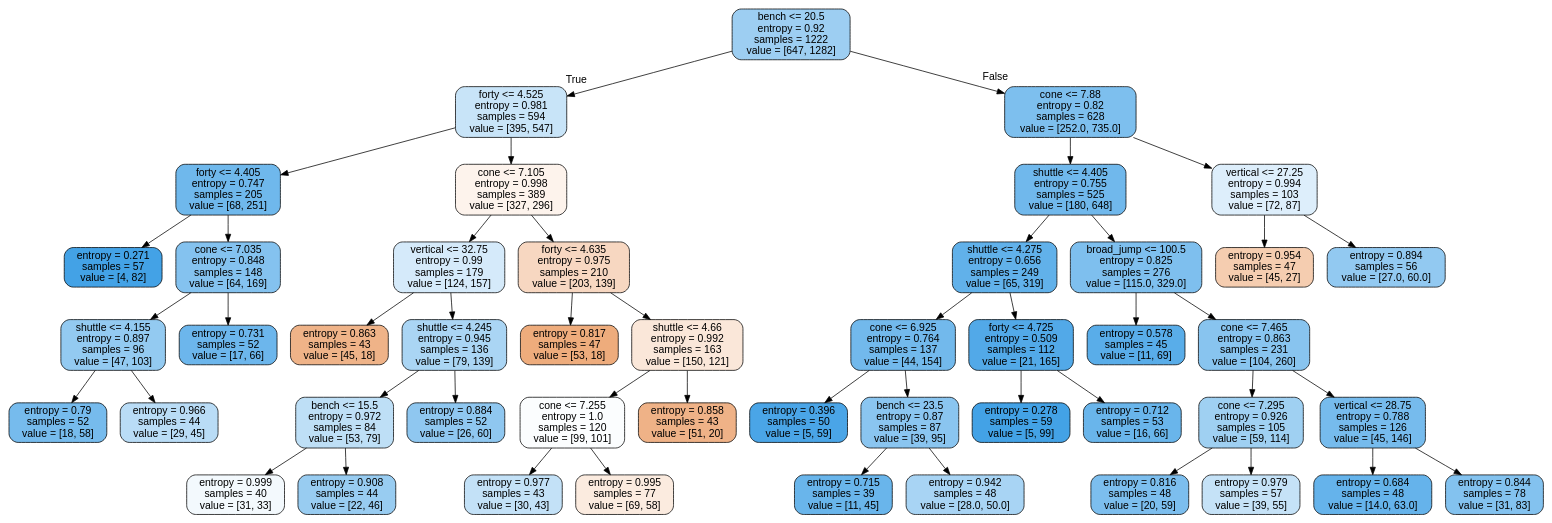
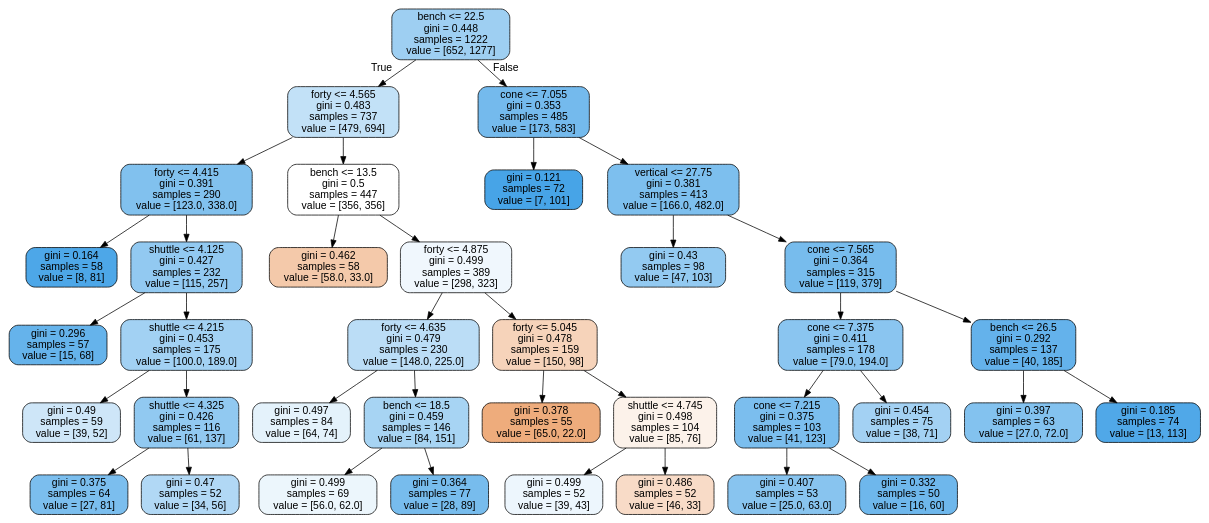
One commit to lagisreal89/combine changed the diagram in randomforesttree.dot. Above: the diagram before and after it, drawn with Graphviz. The commit also changed 4 other files, not shown here.

```diff
--- a/randomforesttree.dot
+++ b/randomforesttree.dot
@@ -1,97 +1,77 @@
 digraph Tree {
 node [shape=box, style="filled, rounded", color="black", fontname="helvetica"] ;
 edge [fontname="helvetica"] ;
-0 [label="bench <= 20.5\nentropy = 0.92\nsamples = 1222\nvalue = [647, 1282]", fillcolor="#9dcef2"] ;
-1 [label="forty <= 4.525\nentropy = 0.981\nsamples = 594\nvalue = [395, 547]", fillcolor="#c8e4f8"] ;
+0 [label="bench <= 22.5\ngini = 0.448\nsamples = 1222\nvalue = [652, 1277]", fillcolor="#9ecff2"] ;
+1 [label="forty <= 4.565\ngini = 0.483\nsamples = 737\nvalue = [479, 694]", fillcolor="#c2e1f7"] ;
 0 -> 1 [labeldistance=2.5, labelangle=45, headlabel="True"] ;
-3 [label="forty <= 4.405\nentropy = 0.747\nsamples = 205\nvalue = [68, 251]", fillcolor="#6fb8ec"] ;
+3 [label="forty <= 4.415\ngini = 0.391\nsamples = 290\nvalue = [123.0, 338.0]", fillcolor="#81c1ee"] ;
 1 -> 3 ;
-7 [label="entropy = 0.271\nsamples = 57\nvalue = [4, 82]", fillcolor="#43a2e6"] ;
-3 -> 7 ;
-8 [label="cone <= 7.035\nentropy = 0.848\nsamples = 148\nvalue = [64, 169]", fillcolor="#84c2ef"] ;
-3 -> 8 ;
-37 [label="shuttle <= 4.155\nentropy = 0.897\nsamples = 96\nvalue = [47, 103]", fillcolor="#93caf1"] ;
-8 -> 37 ;
-39 [label="entropy = 0.79\nsamples = 52\nvalue = [18, 58]", fillcolor="#76bbed"] ;
-37 -> 39 ;
-40 [label="entropy = 0.966\nsamples = 44\nvalue = [29, 45]", fillcolor="#b9dcf6"] ;
-37 -> 40 ;
-38 [label="entropy = 0.731\nsamples = 52\nvalue = [17, 66]", fillcolor="#6cb6ec"] ;
-8 -> 38 ;
-4 [label="cone <= 7.105\nentropy = 0.998\nsamples = 389\nvalue = [327, 296]", fillcolor="#fdf3ec"] ;
+5 [label="gini = 0.164\nsamples = 58\nvalue = [8, 81]", fillcolor="#4da7e8"] ;
+3 -> 5 ;
+6 [label="shuttle <= 4.125\ngini = 0.427\nsamples = 232\nvalue = [115, 257]", fillcolor="#92c9f1"] ;
+3 -> 6 ;
+15 [label="gini = 0.296\nsamples = 57\nvalue = [15, 68]", fillcolor="#65b3eb"] ;
+6 -> 15 ;
+16 [label="shuttle <= 4.215\ngini = 0.453\nsamples = 175\nvalue = [100.0, 189.0]", fillcolor="#a2d1f3"] ;
+6 -> 16 ;
+21 [label="gini = 0.49\nsamples = 59\nvalue = [39, 52]", fillcolor="#cee6f8"] ;
+16 -> 21 ;
+22 [label="shuttle <= 4.325\ngini = 0.426\nsamples = 116\nvalue = [61, 137]", fillcolor="#91c9f1"] ;
+16 -> 22 ;
+23 [label="gini = 0.375\nsamples = 64\nvalue = [27, 81]", fillcolor="#7bbeee"] ;
+22 -> 23 ;
+24 [label="gini = 0.47\nsamples = 52\nvalue = [34, 56]", fillcolor="#b1d8f5"] ;
+22 -> 24 ;
+4 [label="bench <= 13.5\ngini = 0.5\nsamples = 447\nvalue = [356, 356]", fillcolor="#ffffff"] ;
 1 -> 4 ;
-11 [label="vertical <= 32.75\nentropy = 0.99\nsamples = 179\nvalue = [124, 157]", fillcolor="#d5eafa"] ;
-4 -> 11 ;
-13 [label="entropy = 0.863\nsamples = 43\nvalue = [45, 18]", fillcolor="#efb388"] ;
-11 -> 13 ;
-14 [label="shuttle <= 4.245\nentropy = 0.945\nsamples = 136\nvalue = [79, 139]", fillcolor="#aad5f4"] ;
-11 -> 14 ;
-41 [label="bench <= 15.5\nentropy = 0.972\nsamples = 84\nvalue = [53, 79]", fillcolor="#bedff6"] ;
-14 -> 41 ;
-43 [label="entropy = 0.999\nsamples = 40\nvalue = [31, 33]", fillcolor="#f3f9fd"] ;
-41 -> 43 ;
-44 [label="entropy = 0.908\nsamples = 44\nvalue = [22, 46]", fillcolor="#98ccf1"] ;
-41 -> 44 ;
-42 [label="entropy = 0.884\nsamples = 52\nvalue = [26, 60]", fillcolor="#8fc7f0"] ;
-14 -> 42 ;
-12 [label="forty <= 4.635\nentropy = 0.975\nsamples = 210\nvalue = [203, 139]", fillcolor="#f7d7c1"] ;
-4 -> 12 ;
-17 [label="entropy = 0.817\nsamples = 47\nvalue = [53, 18]", fillcolor="#eeac7c"] ;
-12 -> 17 ;
-18 [label="shuttle <= 4.66\nentropy = 0.992\nsamples = 163\nvalue = [150, 121]", fillcolor="#fae7d9"] ;
-12 -> 18 ;
-19 [label="cone <= 7.255\nentropy = 1.0\nsamples = 120\nvalue = [99, 101]", fillcolor="#fbfdfe"] ;
+9 [label="gini = 0.462\nsamples = 58\nvalue = [58.0, 33.0]", fillcolor="#f4c9aa"] ;
+4 -> 9 ;
+10 [label="forty <= 4.875\ngini = 0.499\nsamples = 389\nvalue = [298, 323]", fillcolor="#f0f7fd"] ;
+4 -> 10 ;
+11 [label="forty <= 4.635\ngini = 0.479\nsamples = 230\nvalue = [148.0, 225.0]", fillcolor="#bbddf6"] ;
+10 -> 11 ;
+17 [label="gini = 0.497\nsamples = 84\nvalue = [64, 74]", fillcolor="#e4f2fb"] ;
+11 -> 17 ;
+18 [label="bench <= 18.5\ngini = 0.459\nsamples = 146\nvalue = [84, 151]", fillcolor="#a7d4f3"] ;
+11 -> 18 ;
+19 [label="gini = 0.499\nsamples = 69\nvalue = [56.0, 62.0]", fillcolor="#ecf6fc"] ;
 18 -> 19 ;
-35 [label="entropy = 0.977\nsamples = 43\nvalue = [30, 43]", fillcolor="#c3e1f7"] ;
-19 -> 35 ;
-36 [label="entropy = 0.995\nsamples = 77\nvalue = [69, 58]", fillcolor="#fbebdf"] ;
-19 -> 36 ;
-20 [label="entropy = 0.858\nsamples = 43\nvalue = [51, 20]", fillcolor="#efb287"] ;
+20 [label="gini = 0.364\nsamples = 77\nvalue = [28, 89]", fillcolor="#77bced"] ;
 18 -> 20 ;
-2 [label="cone <= 7.88\nentropy = 0.82\nsamples = 628\nvalue = [252.0, 735.0]", fillcolor="#7dbfee"] ;
+12 [label="forty <= 5.045\ngini = 0.478\nsamples = 159\nvalue = [150, 98]", fillcolor="#f6d3ba"] ;
+10 -> 12 ;
+13 [label="gini = 0.378\nsamples = 55\nvalue = [65.0, 22.0]", fillcolor="#eeac7c"] ;
+12 -> 13 ;
+14 [label="shuttle <= 4.745\ngini = 0.498\nsamples = 104\nvalue = [85, 76]", fillcolor="#fcf2ea"] ;
+12 -> 14 ;
+33 [label="gini = 0.499\nsamples = 52\nvalue = [39, 43]", fillcolor="#edf6fd"] ;
+14 -> 33 ;
+34 [label="gini = 0.486\nsamples = 52\nvalue = [46, 33]", fillcolor="#f8dbc7"] ;
+14 -> 34 ;
+2 [label="cone <= 7.055\ngini = 0.353\nsamples = 485\nvalue = [173, 583]", fillcolor="#74baed"] ;
 0 -> 2 [labeldistance=2.5, labelangle=-45, headlabel="False"] ;
-5 [label="shuttle <= 4.405\nentropy = 0.755\nsamples = 525\nvalue = [180, 648]", fillcolor="#70b8ec"] ;
-2 -> 5 ;
-15 [label="shuttle <= 4.275\nentropy = 0.656\nsamples = 249\nvalue = [65, 319]", fillcolor="#61b1ea"] ;
-5 -> 15 ;
-23 [label="cone <= 6.925\nentropy = 0.764\nsamples = 137\nvalue = [44, 154]", fillcolor="#72b9ec"] ;
-15 -> 23 ;
-25 [label="entropy = 0.396\nsamples = 50\nvalue = [5, 59]", fillcolor="#4aa5e7"] ;
-23 -> 25 ;
-26 [label="bench <= 23.5\nentropy = 0.87\nsamples = 87\nvalue = [39, 95]", fillcolor="#8ac5f0"] ;
-23 -> 26 ;
-33 [label="entropy = 0.715\nsamples = 39\nvalue = [11, 45]", fillcolor="#69b5eb"] ;
-26 -> 33 ;
-34 [label="entropy = 0.942\nsamples = 48\nvalue = [28.0, 50.0]", fillcolor="#a8d4f4"] ;
-26 -> 34 ;
-24 [label="forty <= 4.725\nentropy = 0.509\nsamples = 112\nvalue = [21, 165]", fillcolor="#52a9e8"] ;
-15 -> 24 ;
-27 [label="entropy = 0.278\nsamples = 59\nvalue = [5, 99]", fillcolor="#43a2e6"] ;
-24 -> 27 ;
-28 [label="entropy = 0.712\nsamples = 53\nvalue = [16, 66]", fillcolor="#69b5eb"] ;
-24 -> 28 ;
-16 [label="broad_jump <= 100.5\nentropy = 0.825\nsamples = 276\nvalue = [115.0, 329.0]", fillcolor="#7ebfee"] ;
-5 -> 16 ;
-21 [label="entropy = 0.578\nsamples = 45\nvalue = [11, 69]", fillcolor="#59ade9"] ;
-16 -> 21 ;
-22 [label="cone <= 7.465\nentropy = 0.863\nsamples = 231\nvalue = [104, 260]", fillcolor="#88c4ef"] ;
-16 -> 22 ;
-29 [label="cone <= 7.295\nentropy = 0.926\nsamples = 105\nvalue = [59, 114]", fillcolor="#9fd0f2"] ;
-22 -> 29 ;
-31 [label="entropy = 0.816\nsamples = 48\nvalue = [20, 59]", fillcolor="#7cbeee"] ;
-29 -> 31 ;
-32 [label="entropy = 0.979\nsamples = 57\nvalue = [39, 55]", fillcolor="#c5e2f7"] ;
-29 -> 32 ;
-30 [label="vertical <= 28.75\nentropy = 0.788\nsamples = 126\nvalue = [45, 146]", fillcolor="#76bbed"] ;
-22 -> 30 ;
-45 [label="entropy = 0.684\nsamples = 48\nvalue = [14.0, 63.0]", fillcolor="#65b3eb"] ;
-30 -> 45 ;
-46 [label="entropy = 0.844\nsamples = 78\nvalue = [31, 83]", fillcolor="#83c2ef"] ;
-30 -> 46 ;
-6 [label="vertical <= 27.25\nentropy = 0.994\nsamples = 103\nvalue = [72, 87]", fillcolor="#ddeefb"] ;
-2 -> 6 ;
-9 [label="entropy = 0.954\nsamples = 47\nvalue = [45, 27]", fillcolor="#f5cdb0"] ;
-6 -> 9 ;
-10 [label="entropy = 0.894\nsamples = 56\nvalue = [27.0, 60.0]", fillcolor="#92c9f1"] ;
-6 -> 10 ;
+7 [label="gini = 0.121\nsamples = 72\nvalue = [7, 101]", fillcolor="#47a4e7"] ;
+2 -> 7 ;
+8 [label="vertical <= 27.75\ngini = 0.381\nsamples = 413\nvalue = [166.0, 482.0]", fillcolor="#7dbfee"] ;
+2 -> 8 ;
+25 [label="gini = 0.43\nsamples = 98\nvalue = [47, 103]", fillcolor="#93caf1"] ;
+8 -> 25 ;
+26 [label="cone <= 7.565\ngini = 0.364\nsamples = 315\nvalue = [119, 379]", fillcolor="#77bced"] ;
+8 -> 26 ;
+27 [label="cone <= 7.375\ngini = 0.411\nsamples = 178\nvalue = [79.0, 194.0]", fillcolor="#8ac5f0"] ;
+26 -> 27 ;
+31 [label="cone <= 7.215\ngini = 0.375\nsamples = 103\nvalue = [41, 123]", fillcolor="#7bbeee"] ;
+27 -> 31 ;
+35 [label="gini = 0.407\nsamples = 53\nvalue = [25.0, 63.0]", fillcolor="#88c4ef"] ;
+31 -> 35 ;
+36 [label="gini = 0.332\nsamples = 50\nvalue = [16, 60]", fillcolor="#6eb7ec"] ;
+31 -> 36 ;
+32 [label="gini = 0.454\nsamples = 75\nvalue = [38, 71]", fillcolor="#a3d1f3"] ;
+27 -> 32 ;
+28 [label="bench <= 26.5\ngini = 0.292\nsamples = 137\nvalue = [40, 185]", fillcolor="#64b2eb"] ;
+26 -> 28 ;
+29 [label="gini = 0.397\nsamples = 63\nvalue = [27.0, 72.0]", fillcolor="#83c2ef"] ;
+28 -> 29 ;
+30 [label="gini = 0.185\nsamples = 74\nvalue = [13, 113]", fillcolor="#50a8e8"] ;
+28 -> 30 ;
 }
```
